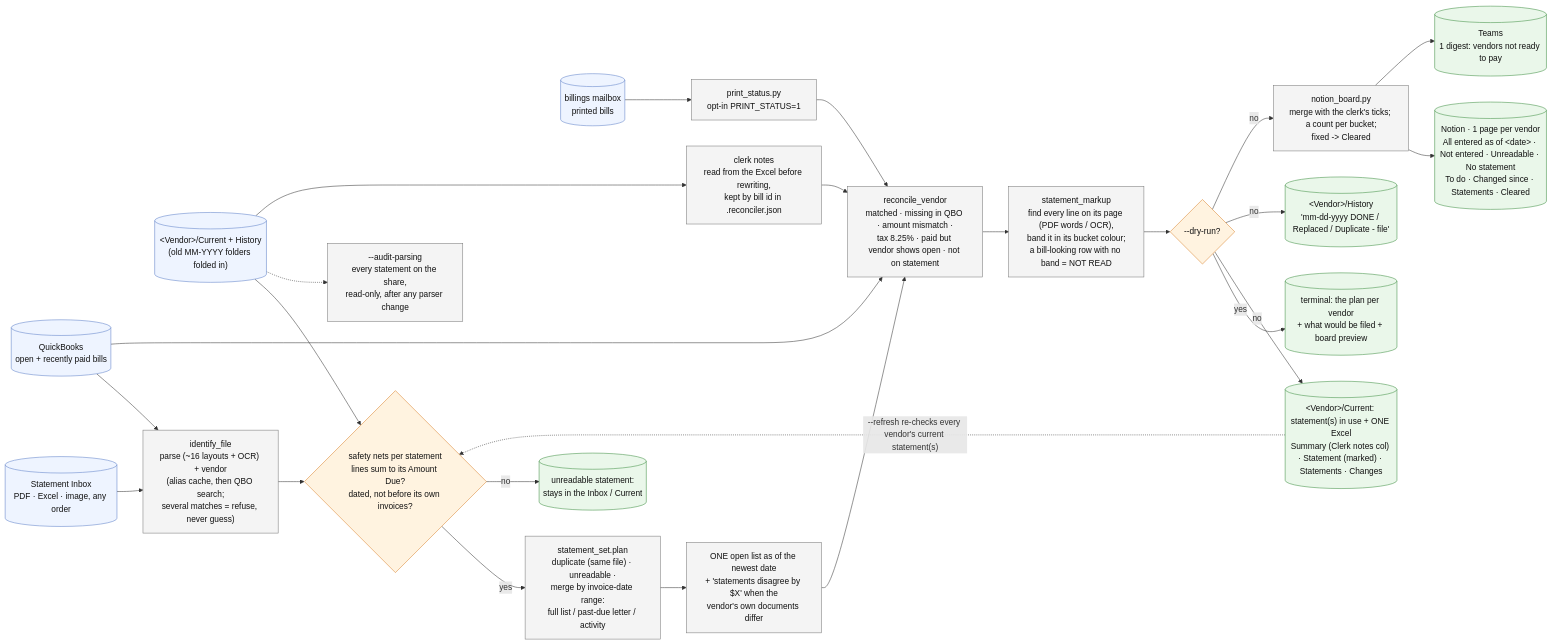
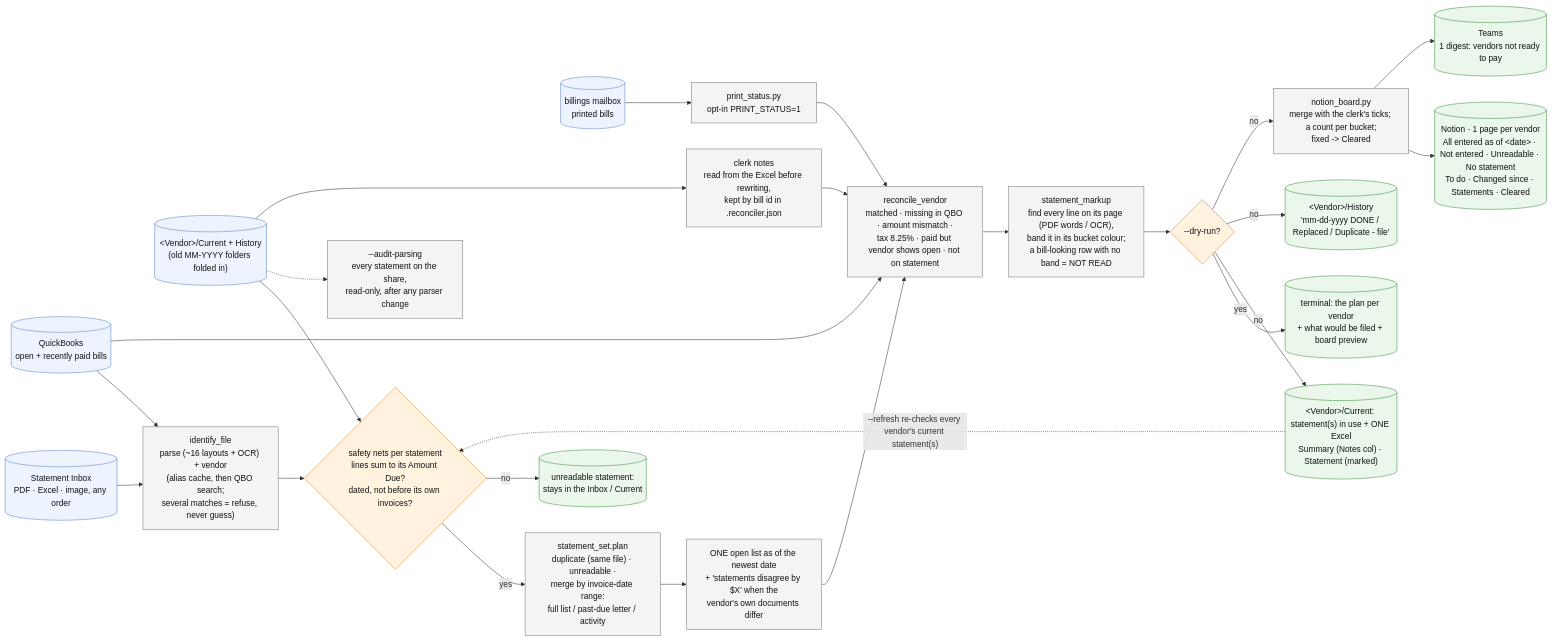
The diagram in statement-reconciler/FLOW.md (Ecarlo-Proficient/Claude-Report), drawn with Mermaid before and after one commit. The commit also changed other lines of this file and 8 other files, not shown here.

````diff
--- a/statement-reconciler/FLOW.md
+++ b/statement-reconciler/FLOW.md
@@ -11,49 +11,49 @@
 ```mermaid
 flowchart LR
     classDef src fill:#eef4ff,stroke:#5b7fc7,color:#111
     classDef tool fill:#f4f4f4,stroke:#777,color:#111
     classDef gate fill:#fff3e0,stroke:#d9822b,color:#111
     classDef out fill:#eaf7ea,stroke:#3c8d40,color:#111
 
     INBOX[("Statement Inbox<br/>PDF · Excel · image, any order")]:::src
     FILED[("&lt;Vendor&gt;/Current + History<br/>(old MM-YYYY folders folded in)")]:::src
     QBO[("QuickBooks<br/>open + recently paid bills")]:::src
     MBX[("billings mailbox<br/>printed bills")]:::src
 
     ID["identify_file<br/>parse (~16 layouts + OCR) + vendor<br/>(alias cache, then QBO search;<br/>several matches = refuse, never guess)"]:::tool
     TIE{"safety nets per statement<br/>lines sum to its Amount Due?<br/>dated, not before its own invoices?"}:::gate
     AUD["--audit-parsing<br/>every statement on the share,<br/>read-only, after any parser change"]:::tool
     SET["statement_set.plan<br/>duplicate (same file) · unreadable ·<br/>merge by invoice-date range:<br/>full list / past-due letter / activity"]:::tool
     MERGED["ONE open list as of the newest date<br/>+ 'statements disagree by $X' when the<br/>vendor's own documents differ"]:::tool
     NOTES["clerk notes<br/>read from the Excel before rewriting,<br/>kept by bill id in .reconciler.json"]:::tool
     REC["reconcile_vendor<br/>matched · missing in QBO · amount mismatch ·<br/>tax 8.25% · paid but vendor shows open · not on statement"]:::tool
     MARK["statement_markup<br/>find every line on its page (PDF words / OCR),<br/>band it in its bucket colour;<br/>a bill-looking row with no band = NOT READ"]:::tool
     PS["print_status.py<br/>opt-in PRINT_STATUS=1"]:::tool
     NB["notion_board.py<br/>merge with the clerk's ticks; a count per bucket;<br/>fixed -> Cleared"]:::tool
     PREV{"--dry-run?"}:::gate
 
-    XLSX[("&lt;Vendor&gt;/Current: statement(s) in use + ONE Excel<br/>Summary (Clerk notes col) · Statement (marked) · Statements · Changes")]:::out
+    XLSX[("&lt;Vendor&gt;/Current: statement(s) in use + ONE Excel<br/>Summary (Notes col) · Statement (marked)")]:::out
     HIST[("&lt;Vendor&gt;/History<br/>'mm-dd-yyyy DONE / Replaced / Duplicate - file'")]:::out
     HELD[("unreadable statement:<br/>stays in the Inbox / Current")]:::out
     PAGE[("Notion · 1 page per vendor<br/>All entered as of &lt;date&gt; · Not entered · Unreadable · No statement<br/>To do · Changed since · Statements · Cleared")]:::out
     TEAMS[("Teams<br/>1 digest: vendors not ready to pay")]:::out
     PRINT[("terminal: the plan per vendor<br/>+ what would be filed + board preview")]:::out
 
     INBOX --> ID --> TIE
     FILED --> TIE
     QBO --> ID
     TIE -- yes --> SET
     TIE -- no --> HELD
     FILED -.-> AUD
     SET --> MERGED --> REC
     QBO --> REC
     FILED --> NOTES --> REC
     MBX --> PS --> REC
     REC --> MARK --> PREV
     PREV -- yes --> PRINT
     PREV -- no --> XLSX
     PREV -- no --> HIST
     PREV -- no --> NB --> PAGE
     NB --> TEAMS
     XLSX -. "--refresh re-checks every vendor's current statement(s)" .-> TIE
 ```
````
